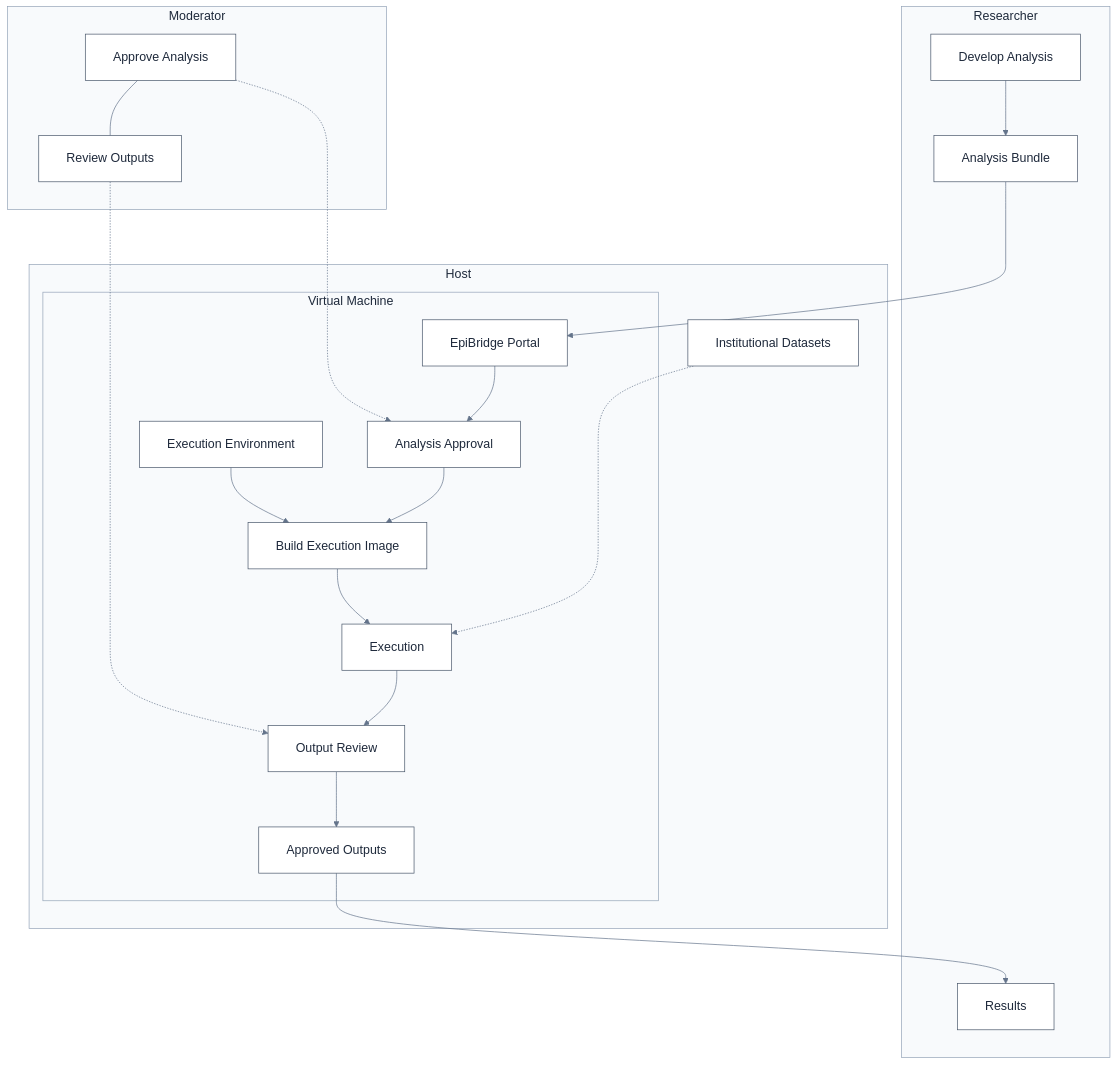
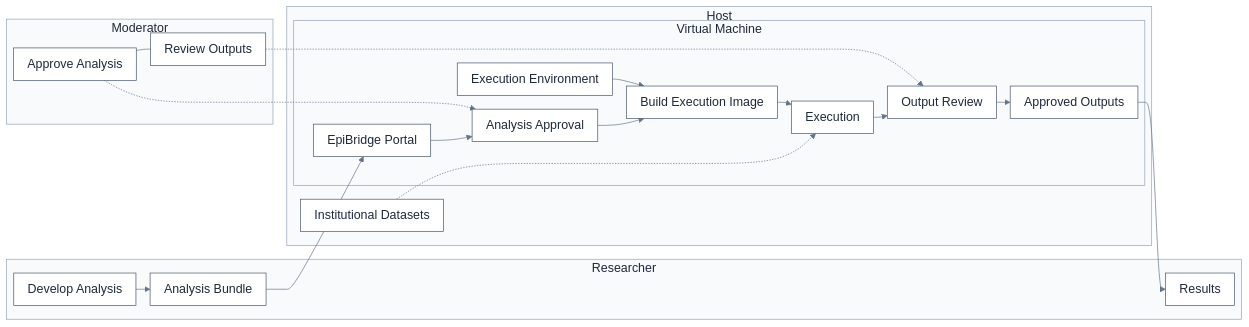
The third of 3 diagrams in slides.md (kraemer-lab/EpiBridge-Presentations), drawn with Mermaid before and after one commit. The commit also changed other lines of this file, not shown here.

````diff
--- a/slides.md
+++ b/slides.md
@@ -89,9 +153,9 @@
   "theme":"base",
   "flowchart":{
     "curve":"basis",
-    "nodeSpacing":65,
-    "rankSpacing":80,
-    "padding":20,
+    "nodeSpacing":20,
+    "rankSpacing":20,
+    "padding":10,
     "htmlLabels":true
   },
   "themeVariables":{
@@ -124,7 +188,7 @@
   }
 }}%%
 
-flowchart TB
+flowchart LR
 
 subgraph User["Researcher"]
 Rd[Develop Analysis]
@@ -174,5 +238,4 @@
 Ra --> Ed
 
 end
-
 ```
````
